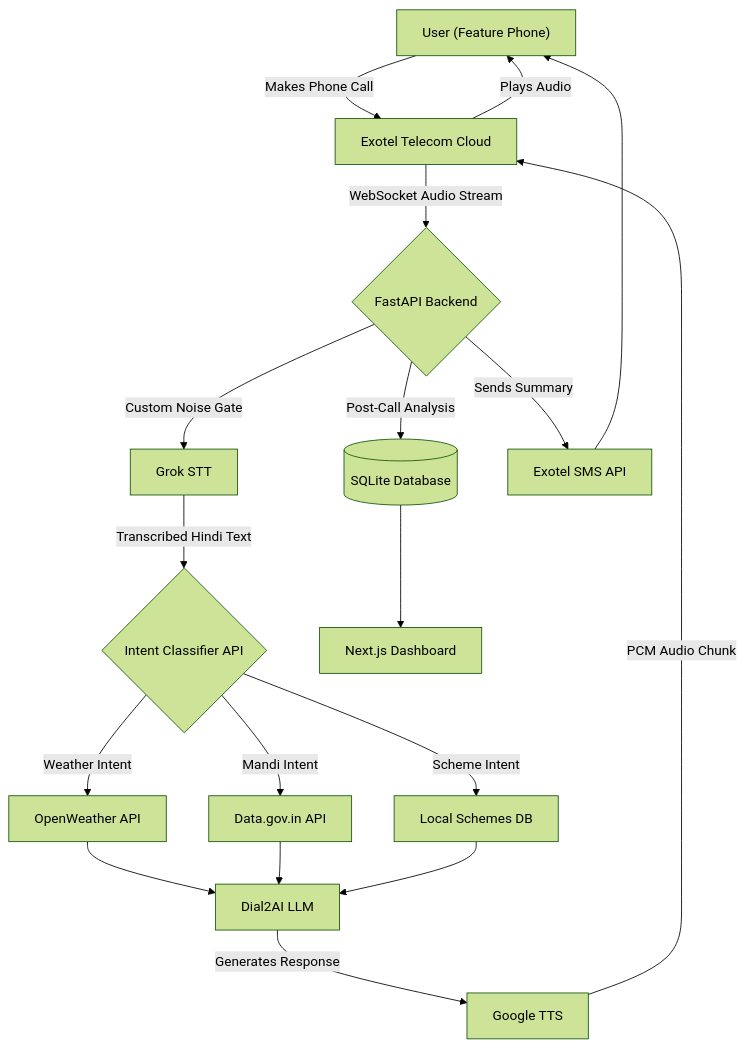
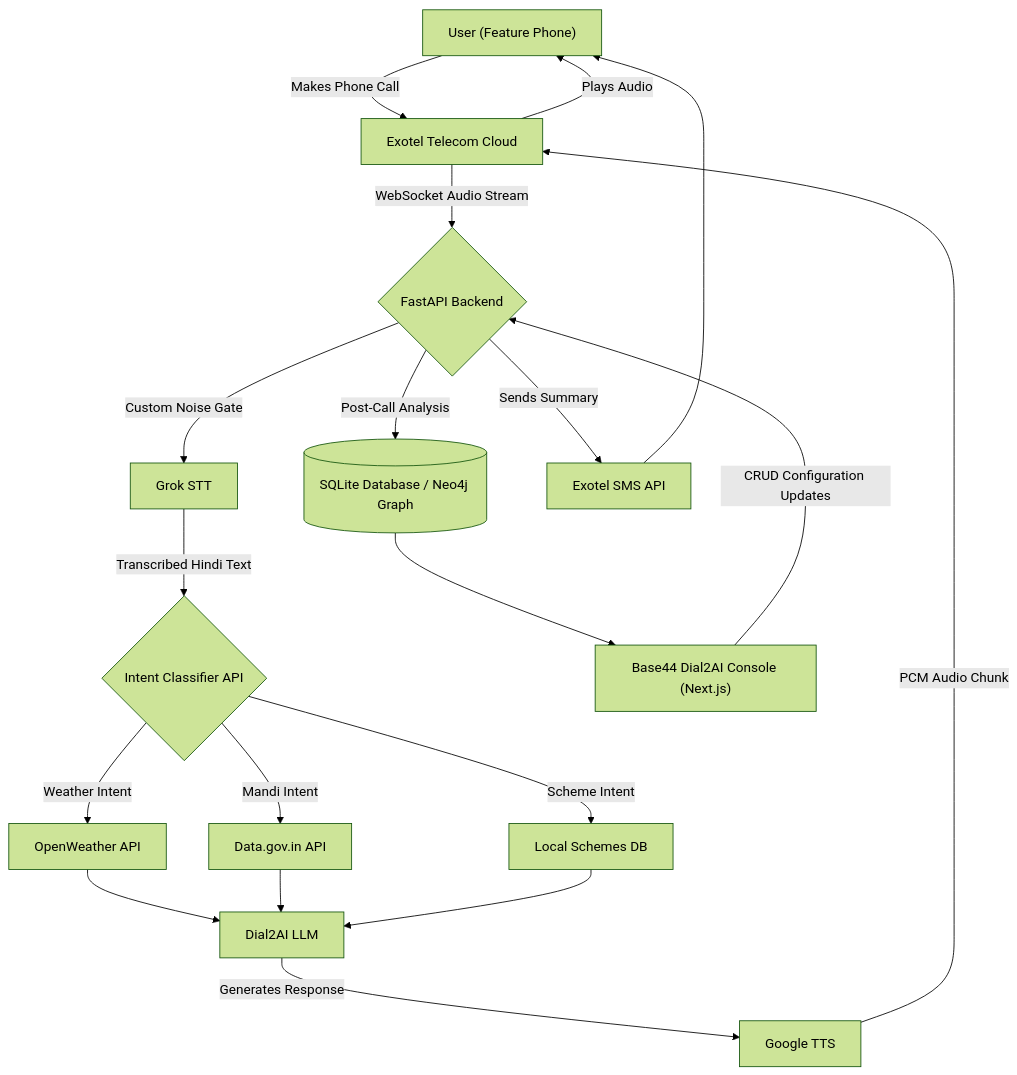
The second of 2 diagrams in README.md (rudrakshia30/Dial-2-AI), drawn with Mermaid (forest theme) before and after one commit. The commit also changed other lines of this file, not shown here.

````diff
--- a/README.md
+++ b/README.md
@@ -159,20 +160,21 @@
 ```mermaid
 graph TD
     A["User (Feature Phone)"] -->|"Makes Phone Call"| B["Exotel Telecom Cloud"]
     B -->|"WebSocket Audio Stream"| C{"FastAPI Backend"}
     C -->|"Custom Noise Gate"| D["Grok STT"]
     D -->|"Transcribed Hindi Text"| E{"Intent Classifier API"}
     E -->|"Weather Intent"| F["OpenWeather API"]
     E -->|"Mandi Intent"| G["Data.gov.in API"]
     E -->|"Scheme Intent"| H["Local Schemes DB"]
     F --> I["Dial2AI LLM"]
     G --> I
     H --> I
     I -->|"Generates Response"| J["Google TTS"]
     J -->|"PCM Audio Chunk"| B
     B -->|"Plays Audio"| A
-    C -->|"Post-Call Analysis"| K[("SQLite Database")]
+    C -->|"Post-Call Analysis"| K[("SQLite Database / Neo4j Graph")]
     C -->|"Sends Summary"| L["Exotel SMS API"]
     L --> A
-    K --> M["Next.js Dashboard"]
+    K --> M["Base44 Dial2AI Console (Next.js)"]
+    M -->|"CRUD Configuration Updates"| C
 ```
````
